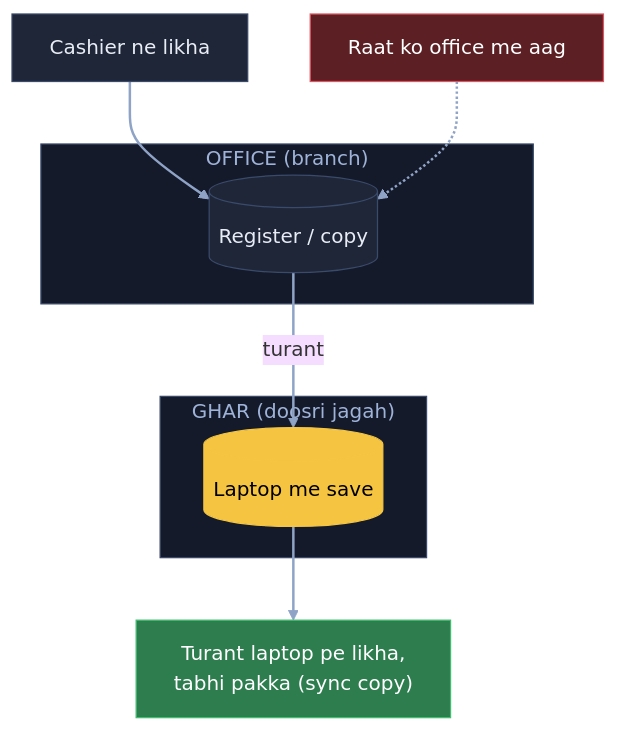
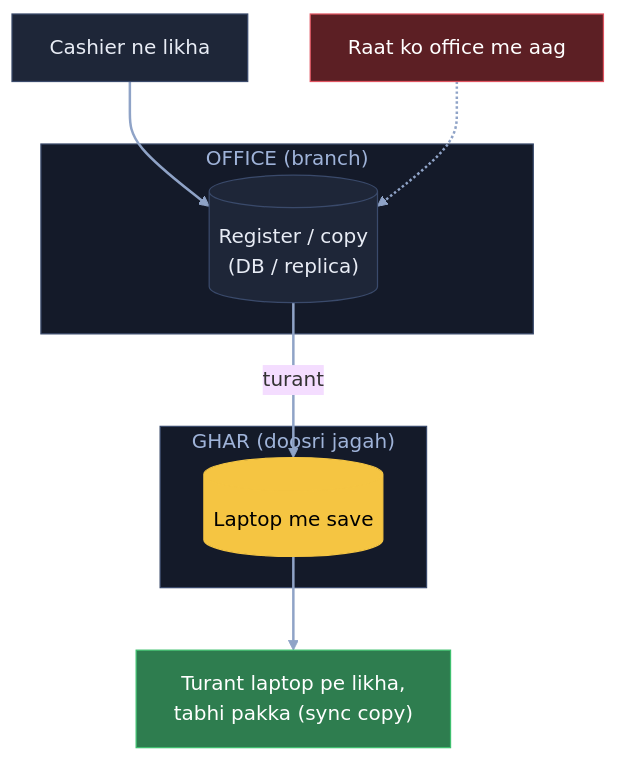
One commit to ArpanMaheshwari144/Prep changed the seventh of 22 diagrams in 04_HLD/SYSTEM_DESIGNS/13_banking_system/13_banking_system.md. Above: the diagram before and after it, drawn with Mermaid (base theme). The commit also changed other lines of this file and 22 other files, not shown here.

Commit message:
Diagram: sirf kahani ke dohraaye shabd pe bracket, us jagah notes wala matlab (207 label)

````diff
--- a/04_HLD/SYSTEM_DESIGNS/13_banking_system/13_banking_system.md
+++ b/04_HLD/SYSTEM_DESIGNS/13_banking_system/13_banking_system.md
@@ -298,23 +298,23 @@
 ```mermaid
 flowchart TB
     C["Cashier ne likha"]:::card
     subgraph OF["OFFICE (branch)"]
-        R[("Register / copy")]:::card
+        R[("Register / copy<br/>(DB / replica)")]:::card
     end
     subgraph GH["GHAR (doosri jagah)"]
         L[("Laptop me save")]:::pill
     end
     F["Raat ko office me aag"]:::bad
     OK["Turant laptop pe likha,<br/>tabhi pakka (sync copy)"]:::good
     C --> R
     R -- "turant" --> L
     F -.-> R
     L --> OK
     linkStyle default stroke:#8fa3c7,stroke-width:2px
     classDef card fill:#1e2638,stroke:#3a4a6b,color:#e8ecf5
     classDef pill fill:#f5c542,stroke:#f5c542,color:#000
     classDef good fill:#2e7d4f,stroke:#3fbf6f,color:#fff
     classDef bad fill:#5c1f24,stroke:#e05561,color:#fff
     style OF fill:#141a29,stroke:#3a4a6b,color:#9fb3d9
     style GH fill:#141a29,stroke:#3a4a6b,color:#9fb3d9
 ```
````
